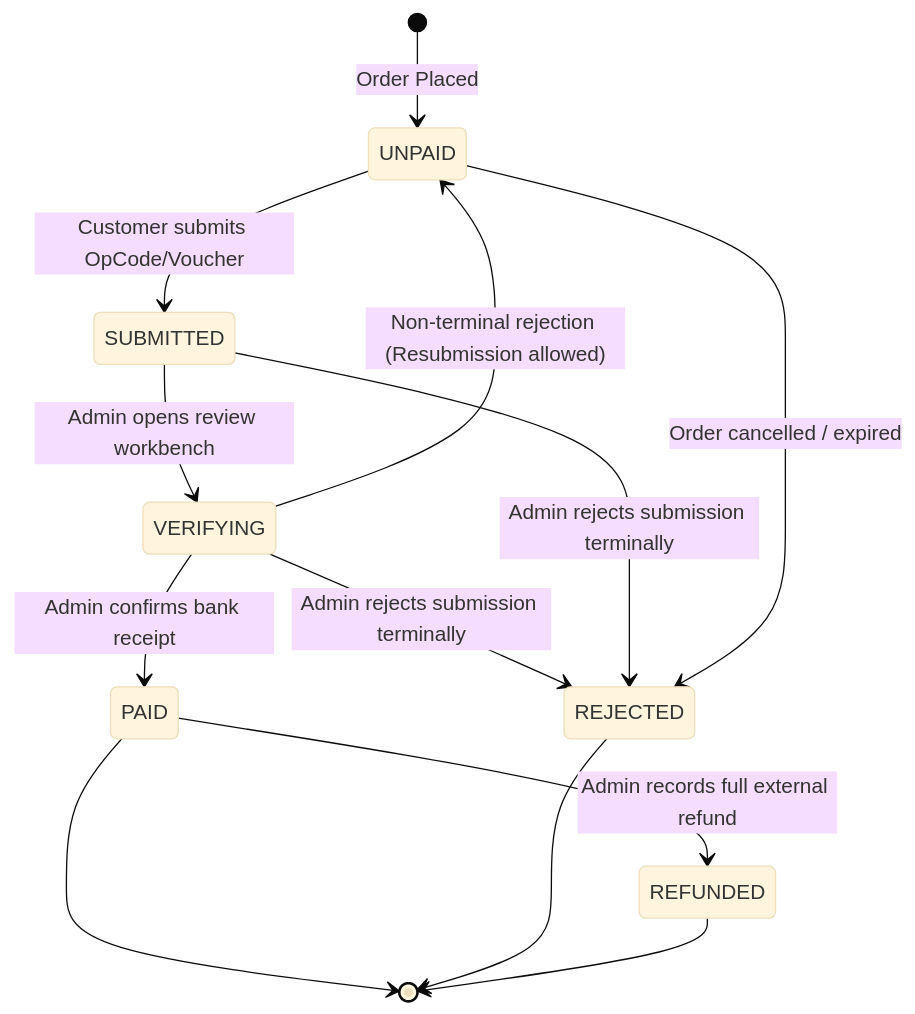
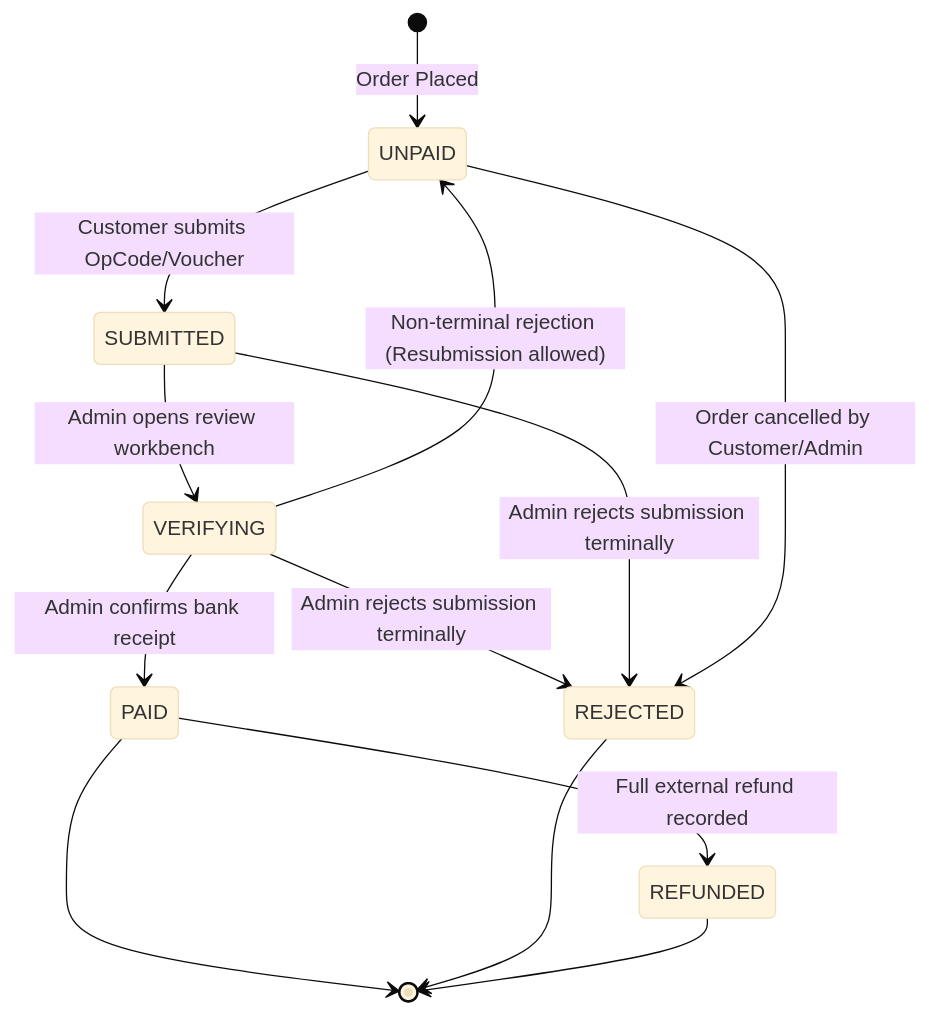
One commit to SaeBryxn/GamerPeru-Vercel changed the sixth of 15 diagrams in docs/architecture/COMMERCE_DOMAIN_MODEL.md. Above: the diagram before and after it, drawn with Mermaid (base theme). The commit also changed other lines of this file, not shown here.

````diff
--- a/docs/architecture/COMMERCE_DOMAIN_MODEL.md
+++ b/docs/architecture/COMMERCE_DOMAIN_MODEL.md
@@ -1184,15 +1223,15 @@
 ```mermaid
 stateDiagram-v2
     [*] --> UNPAID: Order Placed
     UNPAID --> SUBMITTED: Customer submits OpCode/Voucher
     SUBMITTED --> VERIFYING: Admin opens review workbench
     VERIFYING --> PAID: Admin confirms bank receipt
     VERIFYING --> REJECTED: Admin rejects submission terminally
     VERIFYING --> UNPAID: Non-terminal rejection (Resubmission allowed)
     SUBMITTED --> REJECTED: Admin rejects submission terminally
-    PAID --> REFUNDED: Admin records full external refund
-    UNPAID --> REJECTED: Order cancelled / expired
+    PAID --> REFUNDED: Full external refund recorded
+    UNPAID --> REJECTED: Order cancelled by Customer/Admin
     PAID --> [*]
     REJECTED --> [*]
     REFUNDED --> [*]
 ```
````
